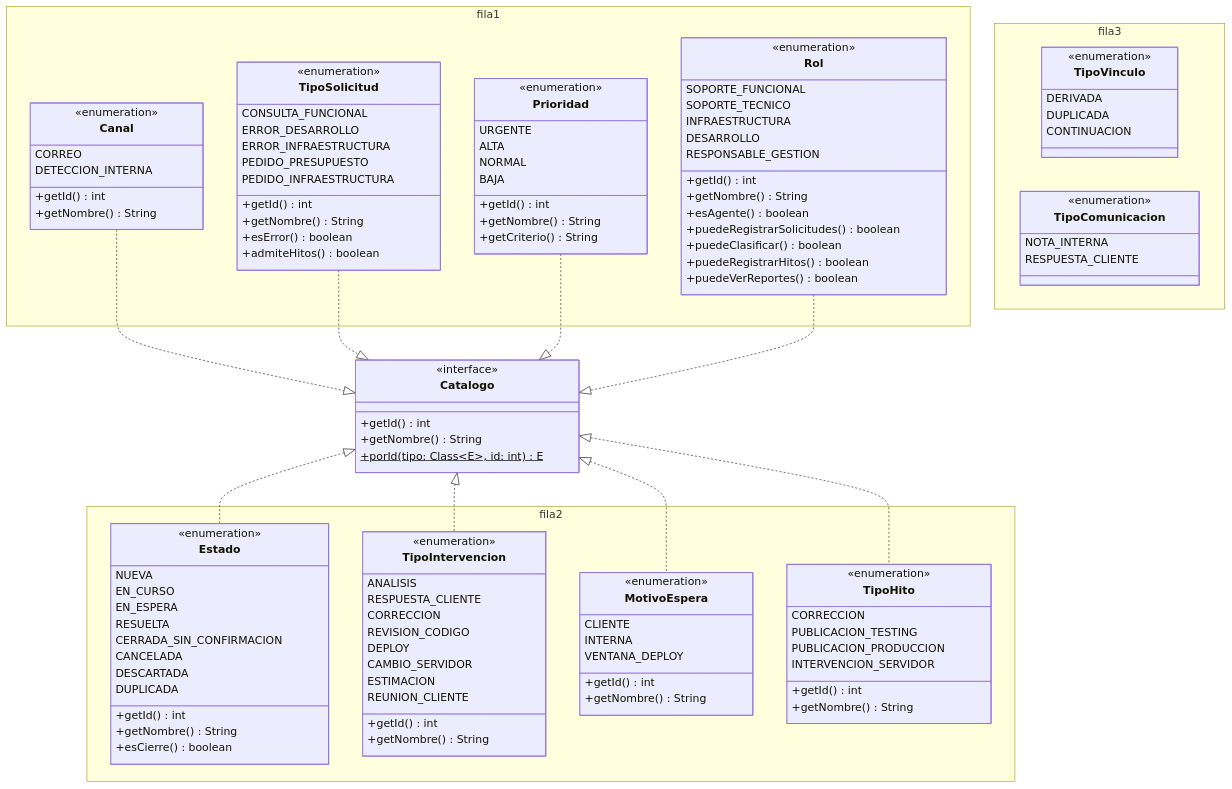
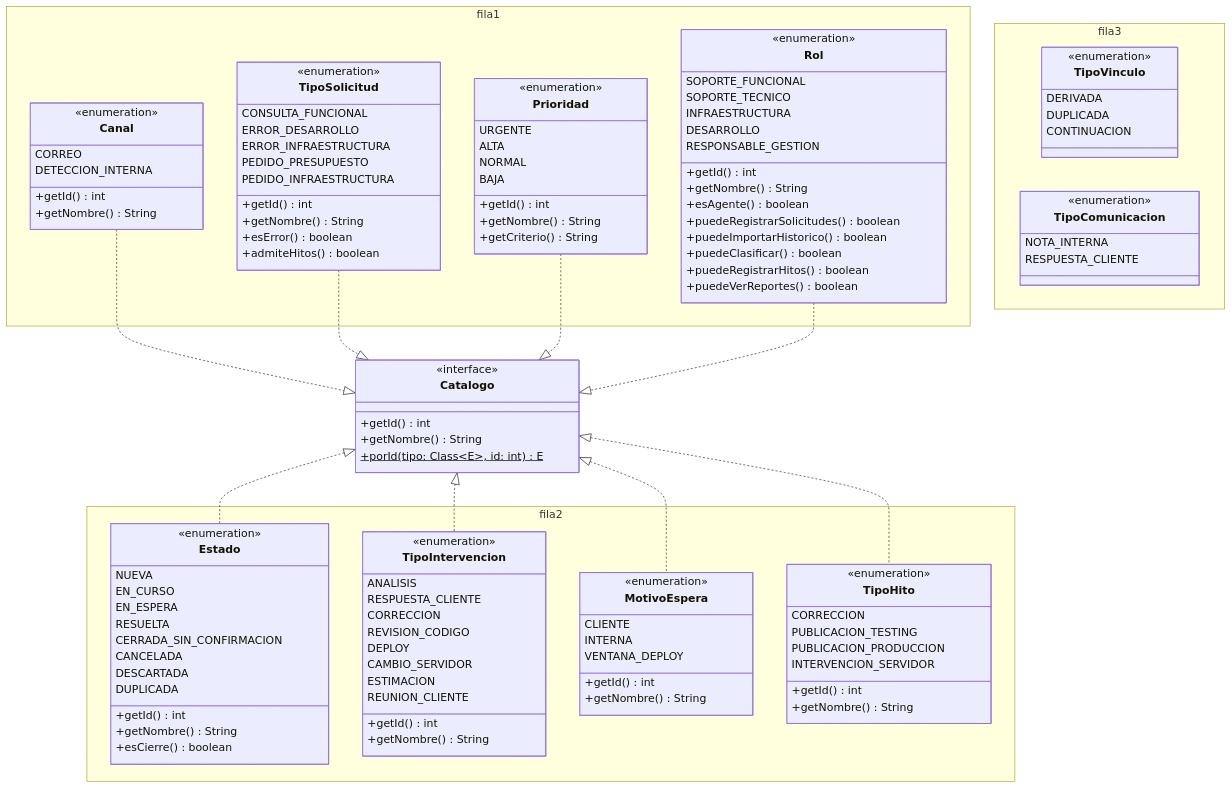
Before and after one commit to jvillegas88/sistema-gestion-soporte: the diagram in diagramas/10-clases-diseno-3.mmd, drawn with Mermaid. The commit also changed 7 other files, not shown here.

Commit message:
Diagramas actualizados con la importación y la exportación

```diff
--- a/diagramas/10-clases-diseno-3.mmd
+++ b/diagramas/10-clases-diseno-3.mmd
@@ -1,127 +1,128 @@
 ---
 config:
   class:
     padding: 7
   themeCSS: ".nodeLabel, .nodeLabel p, .label foreignObject div { line-height: 1.15 !important; } .cluster rect { fill: none !important; stroke: none !important; } .cluster-label { display: none !important; }"
 ---
 classDiagram
     direction TB
     class Catalogo {
         <<interface>>
         +getId() int
         +getNombre() String
         +porId(tipo: Class~E~, id: int)$ E
     }
     namespace fila1 {
         class Canal {
             <<enumeration>>
             CORREO
             DETECCION_INTERNA
             +getId() int
             +getNombre() String
         }
         class TipoSolicitud {
             <<enumeration>>
             CONSULTA_FUNCIONAL
             ERROR_DESARROLLO
             ERROR_INFRAESTRUCTURA
             PEDIDO_PRESUPUESTO
             PEDIDO_INFRAESTRUCTURA
             +getId() int
             +getNombre() String
             +esError() boolean
             +admiteHitos() boolean
         }
         class Prioridad {
             <<enumeration>>
             URGENTE
             ALTA
             NORMAL
             BAJA
             +getId() int
             +getNombre() String
             +getCriterio() String
         }
         class Rol {
             <<enumeration>>
             SOPORTE_FUNCIONAL
             SOPORTE_TECNICO
             INFRAESTRUCTURA
             DESARROLLO
             RESPONSABLE_GESTION
             +getId() int
             +getNombre() String
             +esAgente() boolean
             +puedeRegistrarSolicitudes() boolean
+            +puedeImportarHistorico() boolean
             +puedeClasificar() boolean
             +puedeRegistrarHitos() boolean
             +puedeVerReportes() boolean
         }
     }
     namespace fila2 {
         class Estado {
             <<enumeration>>
             NUEVA
             EN_CURSO
             EN_ESPERA
             RESUELTA
             CERRADA_SIN_CONFIRMACION
             CANCELADA
             DESCARTADA
             DUPLICADA
             +getId() int
             +getNombre() String
             +esCierre() boolean
         }
         class TipoIntervencion {
             <<enumeration>>
             ANALISIS
             RESPUESTA_CLIENTE
             CORRECCION
             REVISION_CODIGO
             DEPLOY
             CAMBIO_SERVIDOR
             ESTIMACION
             REUNION_CLIENTE
             +getId() int
             +getNombre() String
         }
         class MotivoEspera {
             <<enumeration>>
             CLIENTE
             INTERNA
             VENTANA_DEPLOY
             +getId() int
             +getNombre() String
         }
         class TipoHito {
             <<enumeration>>
             CORRECCION
             PUBLICACION_TESTING
             PUBLICACION_PRODUCCION
             INTERVENCION_SERVIDOR
             +getId() int
             +getNombre() String
         }
     }
     namespace fila3 {
         class TipoVinculo {
             <<enumeration>>
             DERIVADA
             DUPLICADA
             CONTINUACION
         }
         class TipoComunicacion {
             <<enumeration>>
             NOTA_INTERNA
             RESPUESTA_CLIENTE
         }
     }
     Canal ..|> Catalogo
     TipoSolicitud ..|> Catalogo
     Prioridad ..|> Catalogo
     Rol ..|> Catalogo
     Catalogo <|.. Estado
     Catalogo <|.. TipoIntervencion
     Catalogo <|.. MotivoEspera
     Catalogo <|.. TipoHito
```
